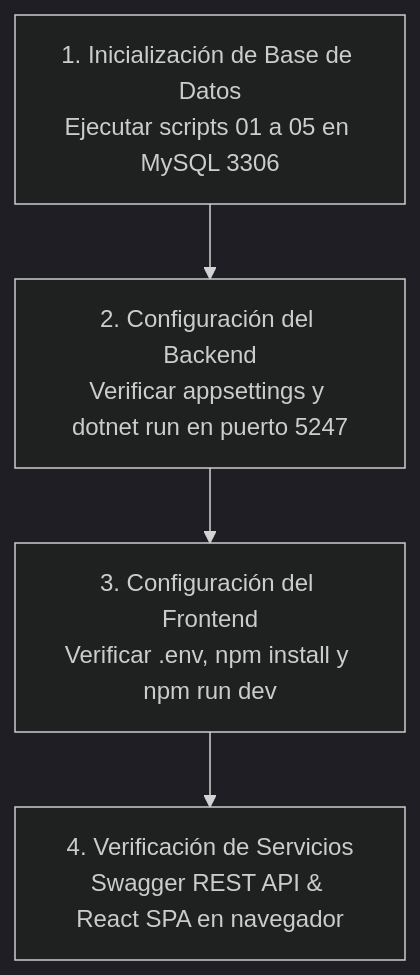
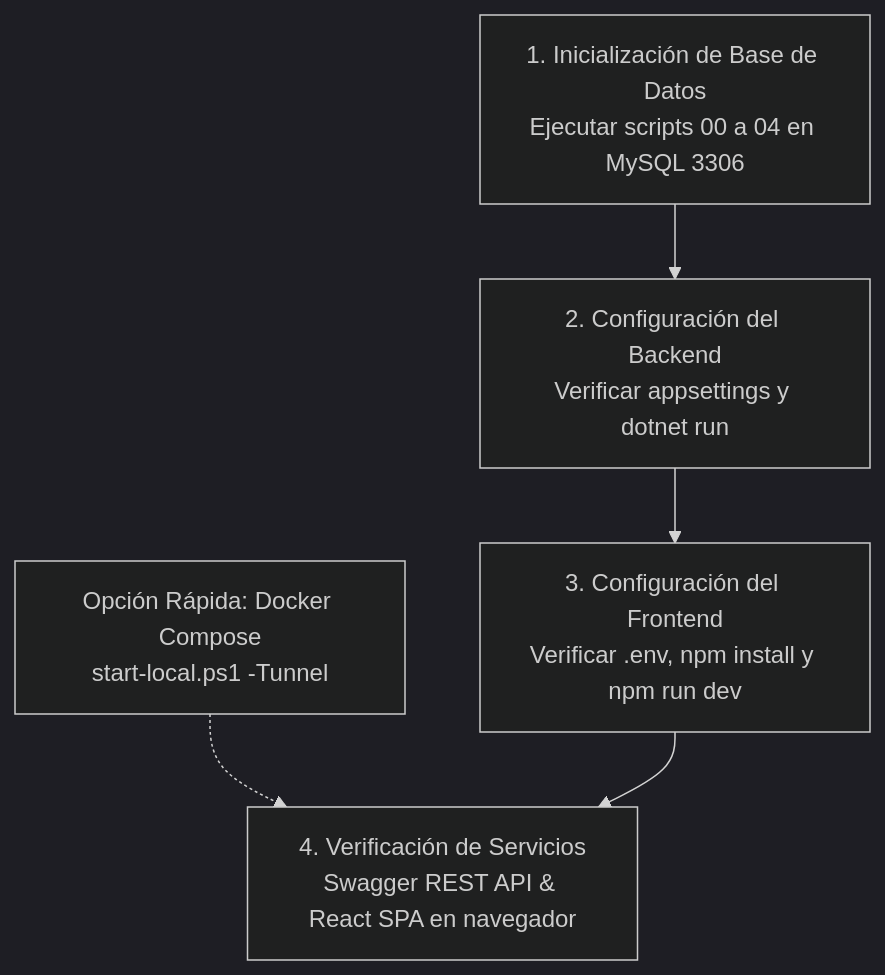
The diagram in docs/documentacion/07-despliegue-y-operaciones/01-instalacion-entorno-local.md (JorgeDoicela/dosier), drawn with Mermaid (dark theme) before and after one commit. The commit also changed other lines of this file and 18 other files, not shown here.

Commit message:
feat(infra): implementar pipeline de anonimizacion LOPDP, organizacion modular de scripts y configuracion de staging con Cloudflare Tunnel

````diff
--- a/docs/documentacion/07-despliegue-y-operaciones/01-instalacion-entorno-local.md
+++ b/docs/documentacion/07-despliegue-y-operaciones/01-instalacion-entorno-local.md
@@ -18,6 +18,7 @@
 ```mermaid
 graph TD
-    Step1[1. Inicialización de Base de Datos\nEjecutar scripts 01 a 05 en MySQL 3306] --> Step2[2. Configuración del Backend\nVerificar appsettings y dotnet run en puerto 5247]
+    Step0[Opción Rápida: Docker Compose\nstart-local.ps1 -Tunnel] -.-> Step4
+    Step1[1. Inicialización de Base de Datos\nEjecutar scripts 00 a 04 en MySQL 3306] --> Step2[2. Configuración del Backend\nVerificar appsettings y dotnet run]
     Step2 --> Step3[3. Configuración del Frontend\nVerificar .env, npm install y npm run dev]
     Step3 --> Step4[4. Verificación de Servicios\nSwagger REST API & React SPA en navegador]
 ```
````
